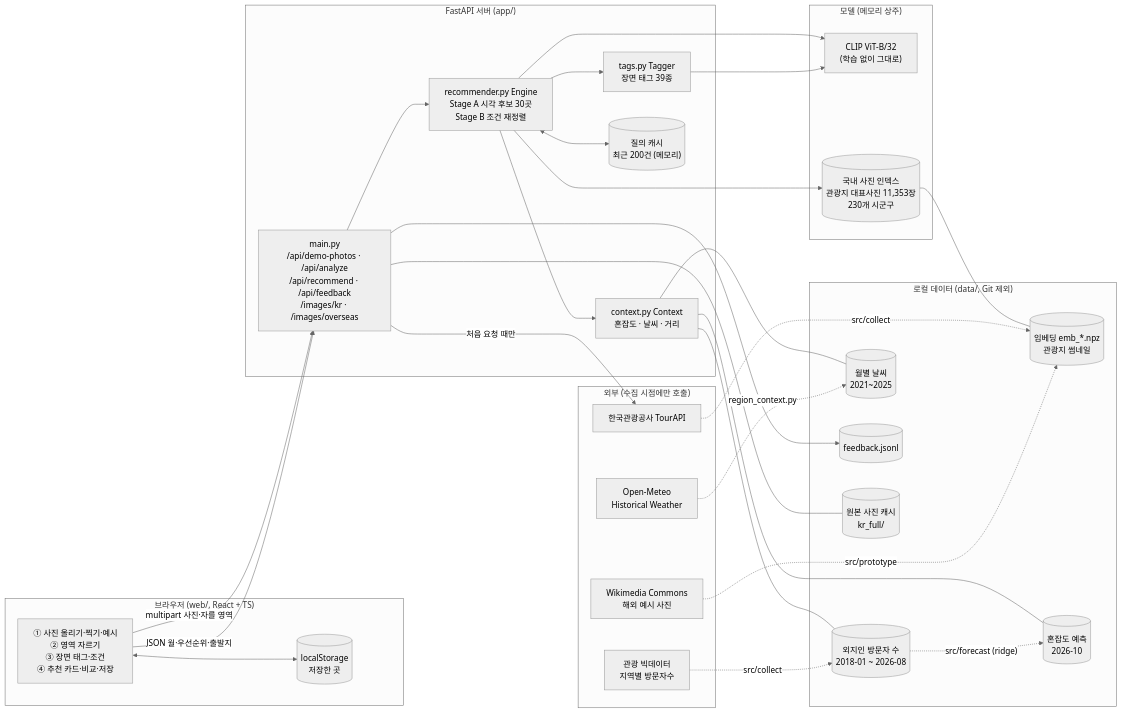
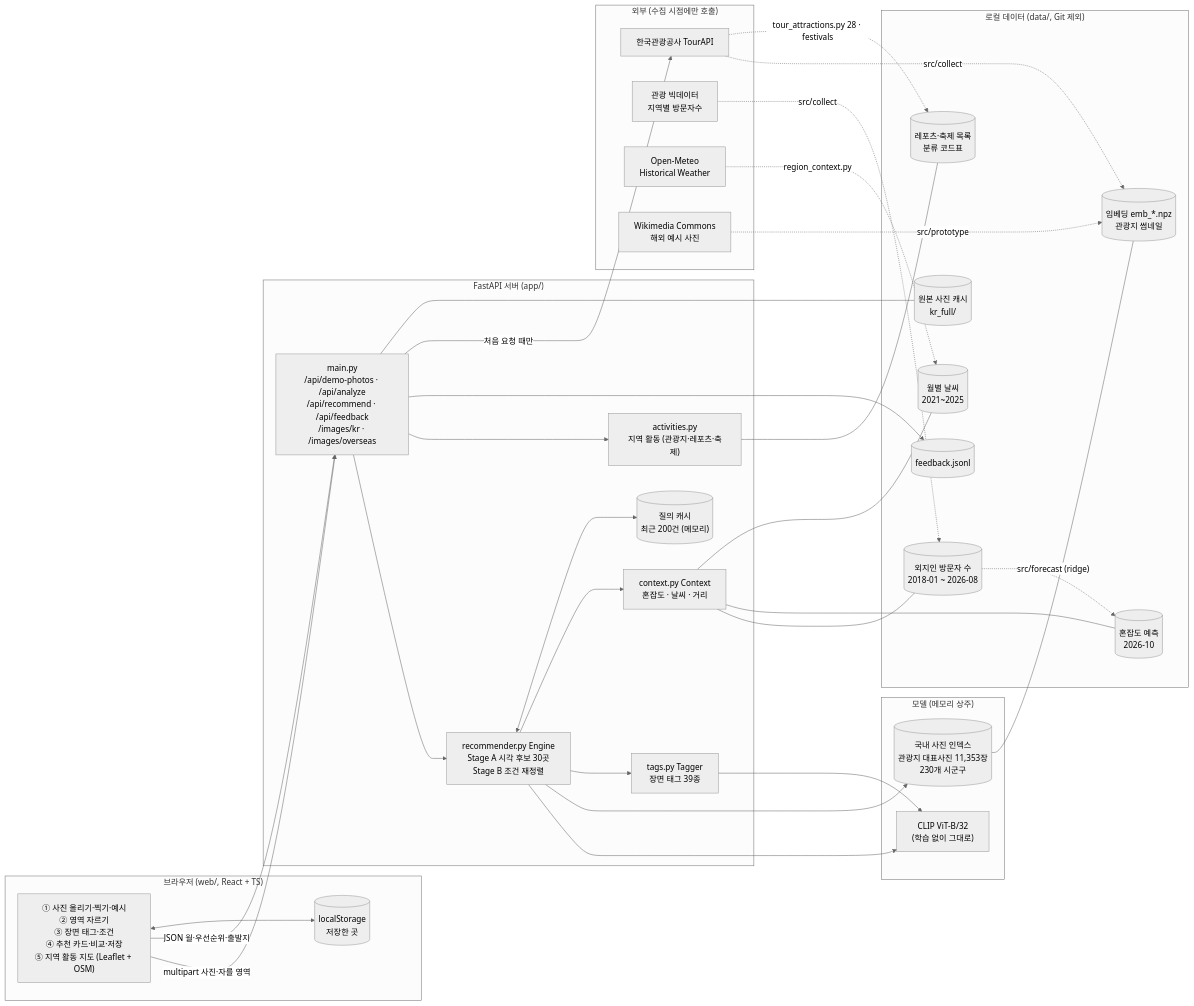
The first of 2 diagrams in docs/ARCHITECTURE.md (pihet/abroad-to-korea), drawn with Mermaid (neutral theme) before and after one commit. The commit also changed 12 other files, not shown here.

````diff
--- a/docs/ARCHITECTURE.md
+++ b/docs/ARCHITECTURE.md
@@ -8,60 +8,65 @@
 ```mermaid
 flowchart LR
   subgraph Browser["브라우저 (web/, React + TS)"]
-    UI["① 사진 올리기·찍기·예시\n② 영역 자르기\n③ 장면 태그·조건\n④ 추천 카드·비교·저장"]
+    UI["① 사진 올리기·찍기·예시\n② 영역 자르기\n③ 장면 태그·조건\n④ 추천 카드·비교·저장\n⑤ 지역 활동 지도 (Leaflet + OSM)"]
     LS[("localStorage\n저장한 곳")]
   end
 
   subgraph Server["FastAPI 서버 (app/)"]
     API["main.py\n/api/demo-photos · /api/analyze\n/api/recommend · /api/feedback\n/images/kr · /images/overseas"]
     ENG["recommender.py Engine\nStage A 시각 후보 30곳\nStage B 조건 재정렬"]
     TAG["tags.py Tagger\n장면 태그 39종"]
     CTX["context.py Context\n혼잡도 · 날씨 · 거리"]
+    ACT["activities.py\n지역 활동 (관광지·레포츠·축제)"]
     CACHE[("질의 캐시\n최근 200건 (메모리)")]
   end
 
   subgraph Model["모델 (메모리 상주)"]
     CLIP["CLIP ViT-B/32\n(학습 없이 그대로)"]
     IDX[("국내 사진 인덱스\n관광지 대표사진 11,353장\n230개 시군구")]
   end
 
   subgraph Files["로컬 데이터 (data/, Git 제외)"]
     EMB[("임베딩 emb_*.npz\n관광지 썸네일")]
     VIS[("외지인 방문자 수\n2018-01 ~ 2026-08")]
     FC[("혼잡도 예측\n2026-10")]
     WX[("월별 날씨\n2021~2025")]
     FB[("feedback.jsonl")]
     IMGC[("원본 사진 캐시\nkr_full/")]
+    TL[("레포츠·축제 목록\n분류 코드표")]
   end
 
   subgraph External["외부 (수집 시점에만 호출)"]
     TOUR["한국관광공사 TourAPI"]
     DL["관광 빅데이터\n지역별 방문자수"]
     OM["Open-Meteo\nHistorical Weather"]
     WC["Wikimedia Commons\n해외 예시 사진"]
   end
 
   UI -- "multipart 사진·자를 영역" --> API
   UI -- "JSON 월·우선순위·출발지" --> API
   UI <--> LS
   API --> ENG
   ENG --> CLIP
   ENG --> IDX
   ENG --> TAG
   ENG --> CTX
   ENG <--> CACHE
+  API --> ACT
+  ACT --- TL
   TAG --> CLIP
   IDX --- EMB
   CTX --- VIS
   CTX --- FC
   CTX --- WX
   API --> FB
   API -- "처음 요청 때만" --> TOUR
   API --- IMGC
 
   TOUR -. "src/collect" .-> EMB
+  TOUR -. "tour_attractions.py 28 · festivals" .-> TL
   DL -. "src/collect" .-> VIS
   VIS -. "src/forecast (ridge)" .-> FC
   OM -. "region_context.py" .-> WX
   WC -. "src/prototype" .-> EMB
 ```
````
